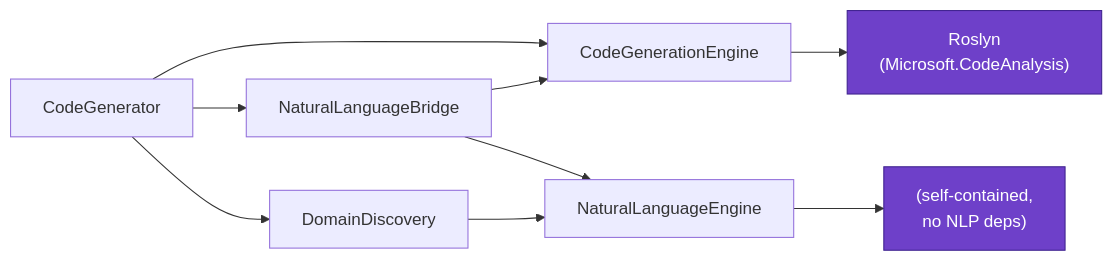
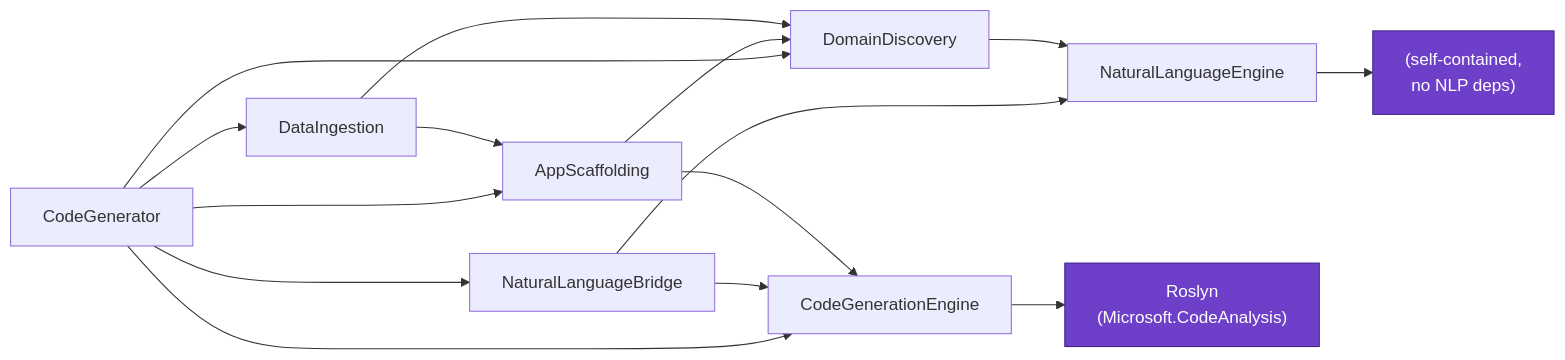
Before and after one commit to rohit-sharma444/SmartCodeGenerator: the third of 7 diagrams in docs/architecture.md, drawn with Mermaid. The commit also changed other lines of this file and 8 other files, not shown here.

First line of the commit message:
docs: cover building an app from existing data

````diff
--- a/docs/architecture.md
+++ b/docs/architecture.md
@@ -159,14 +216,20 @@
 ```mermaid
 flowchart LR
     CodeGenerator --> CodeGenerationEngine
     CodeGenerator --> NaturalLanguageBridge
     CodeGenerator --> DomainDiscovery
+    CodeGenerator --> AppScaffolding
+    CodeGenerator --> DataIngestion
     NaturalLanguageBridge --> CodeGenerationEngine
     NaturalLanguageBridge --> NaturalLanguageEngine
     DomainDiscovery --> NaturalLanguageEngine
+    AppScaffolding --> DomainDiscovery
+    AppScaffolding --> CodeGenerationEngine
+    DataIngestion --> DomainDiscovery
+    DataIngestion --> AppScaffolding
     CodeGenerationEngine --> Roslyn["Roslyn<br/>(Microsoft.CodeAnalysis)"]
     NaturalLanguageEngine --> selfcontained["(self-contained,<br/>no NLP deps)"]
 
     classDef ext fill:#6e40c9,stroke:#3f228f,color:#fff
     class Roslyn,selfcontained ext
 ```
````
